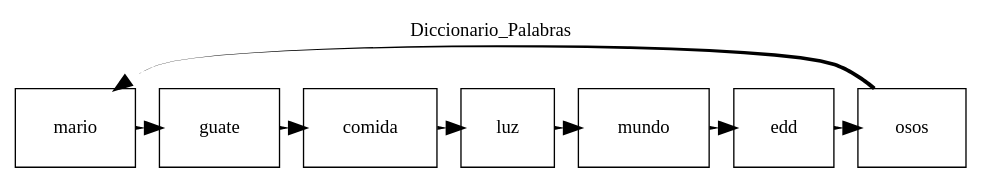
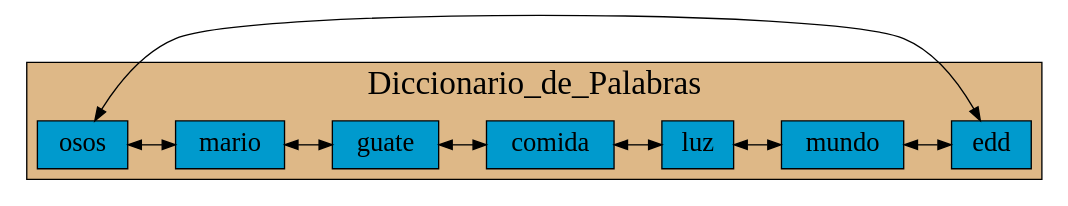
Before and after one commit to mariotun/EDD_1S2020_PY1_201602942: the diagram in Graficas/LCD_Diccionario.dot, drawn with Graphviz. The commit also changed 24 other files, not shown here.

```diff
--- a/Graficas/LCD_Diccionario.dot
+++ b/Graficas/LCD_Diccionario.dot
@@ -1,24 +1,35 @@
-digraph Lista_Circular{
- label=Diccionario_Palabras; 
- labelloc=t; 
-node[margin=0.3 fontcolor=black shape=box];
-{rank=same;
+digraph Lista_Doble{
+
+graph[ranksep= "0.5",nodesep= "0.5"];
+node[fontcolor=black shape=box style=filled fillcolor=deepskyblue3 fontsize=20];
+
+subgraph cluster_1 {
+
+fontname=algerian
+fontsize=25;
+label="Diccionario_de_Palabras";
+fontcolor=black
+style=filled
+fillcolor=burlywood
+labelloc=t;{rank=same;
 25770344240[label=" mario"];
 25770344320[label=" guate"];
 25770344400[label=" comida"];
 25770344480[label=" luz"];
 25770344560[label=" mundo"];
 25770344640[label=" edd"];
 25770344720[label=" osos"];
 };
 
 25770344240->
 25770344320->
 25770344400->
 25770344480->
 25770344560->
 25770344640->
 25770344720->25770344240
-[dir=front style=tapered arrowsize=1 penwidth=3 color=black];
+[dir=both color=black];
 
  }
+
+}
```
